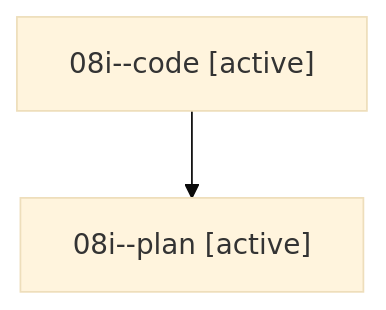
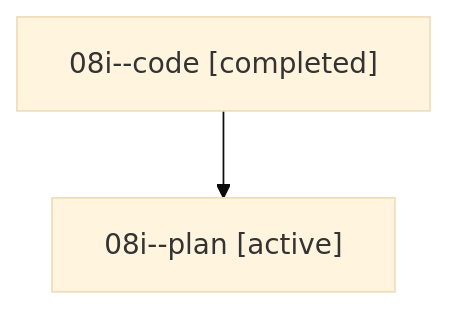
One commit to sase-org/sase--agents changed the diagram in families/bbugyi200.athena.08i.md. Above: the diagram before and after it, drawn with Mermaid (base theme). The commit also changed other lines of this file and 35830 other files, not shown here.

````diff
--- a/families/bbugyi200.athena.08i.md
+++ b/families/bbugyi200.athena.08i.md
@@ -9,6 +9,6 @@
 ```mermaid
 flowchart TD
-  n0["08i--code [active]"]
+  n0["08i--code [completed]"]
   n1["08i--plan [active]"]
   n0 --> n1
 ```
````
